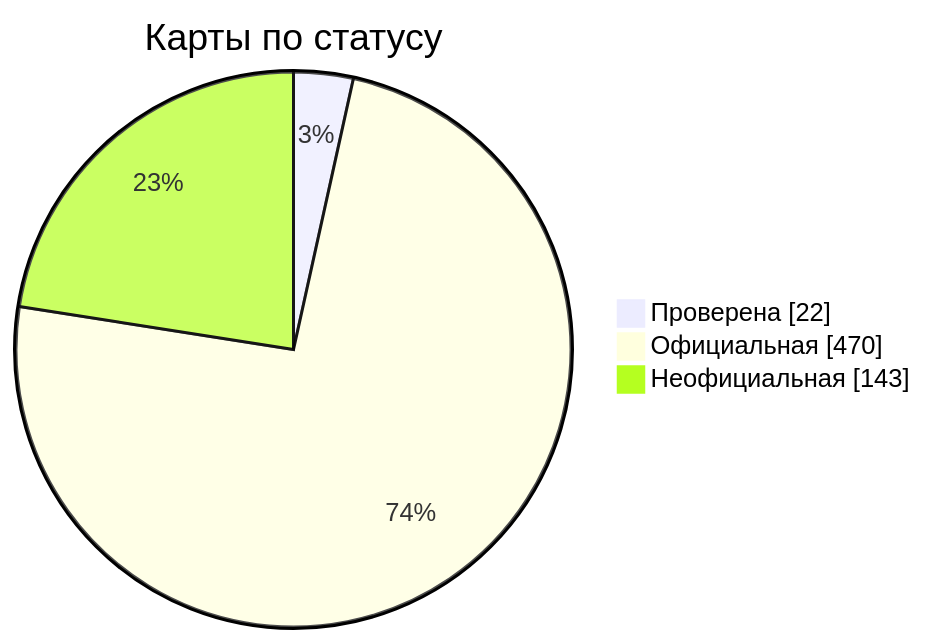
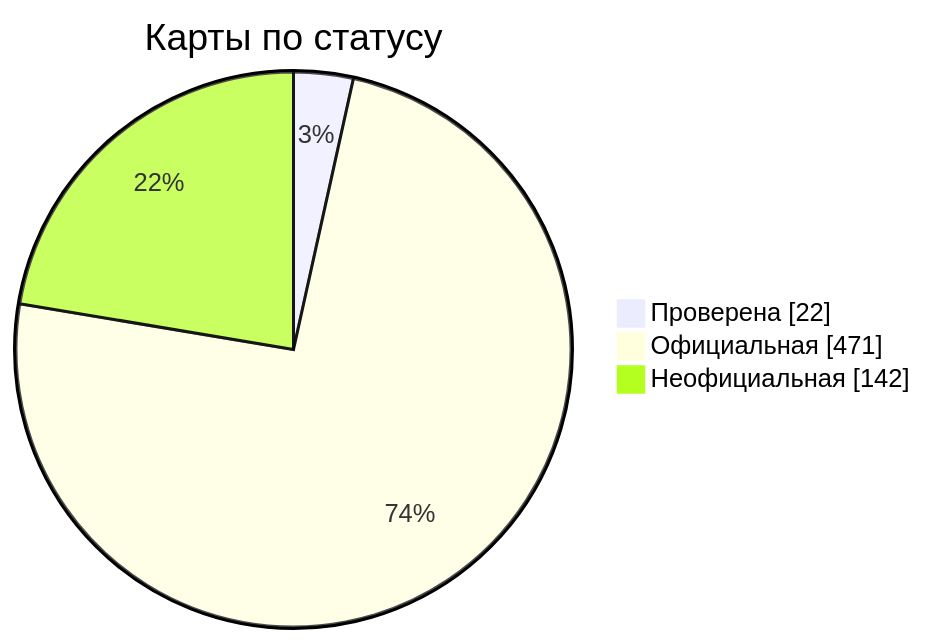
One commit to nobrega8/mbmap-library changed the diagram in docs/readme/README_RU.md. Above: the diagram before and after it, drawn with Mermaid. The commit also changed 6 other files, not shown here.

````diff
--- a/docs/readme/README_RU.md
+++ b/docs/readme/README_RU.md
@@ -54,7 +54,7 @@
 ```mermaid
 pie showData
     title Карты по статусу
     "Проверена" : 22
-    "Официальная" : 470
-    "Неофициальная" : 143
+    "Официальная" : 471
+    "Неофициальная" : 142
 ```
````
